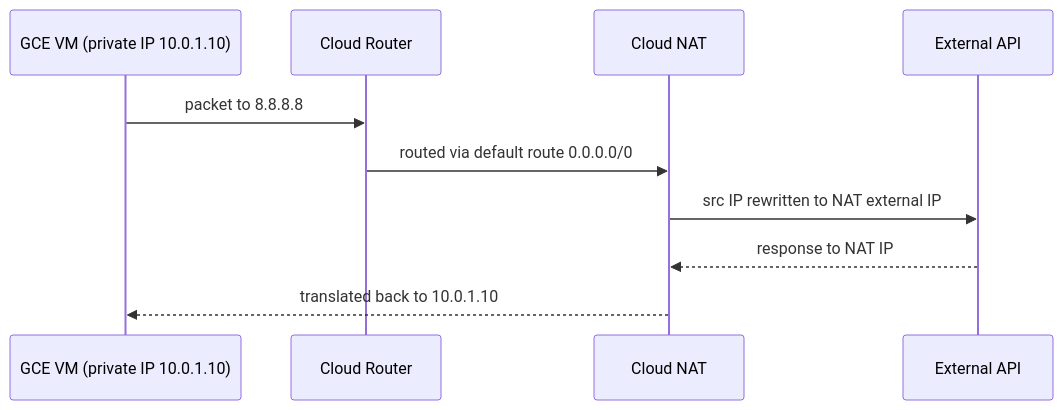
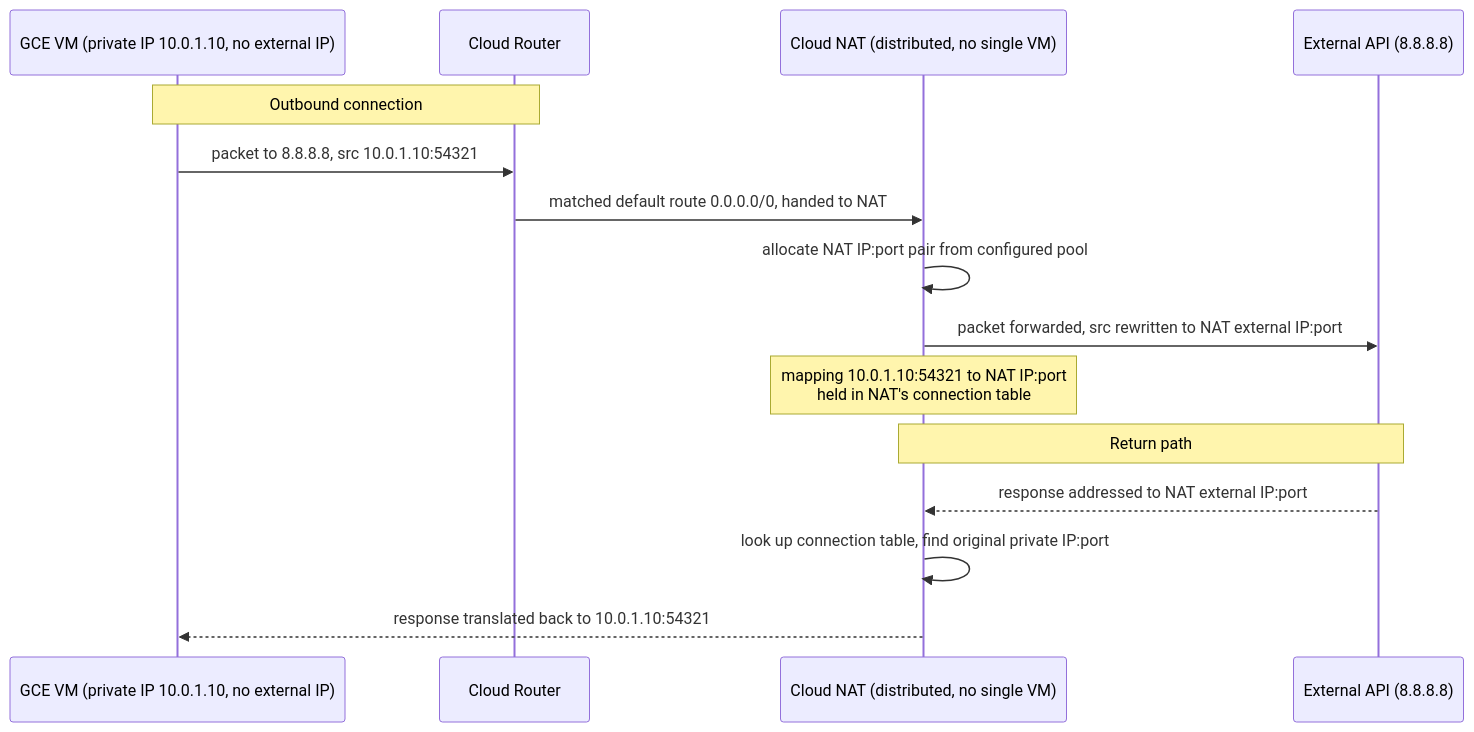
One commit to deepanshu-rawat6/DevOpsIndex changed the fourth of 9 diagrams in gcp/README.md. Above: the diagram before and after it, drawn with Mermaid. The commit also changed other lines of this file and 14 other files, not shown here.

````diff
--- a/gcp/README.md
+++ b/gcp/README.md
@@ -181,13 +263,19 @@
 ```mermaid
 sequenceDiagram
-    participant VM as GCE VM (private IP 10.0.1.10)
+    participant VM as GCE VM (private IP 10.0.1.10, no external IP)
     participant ROUTER as Cloud Router
-    participant NAT as Cloud NAT
-    participant EXT as External API
+    participant NAT as Cloud NAT (distributed, no single VM)
+    participant EXT as External API (8.8.8.8)
 
-    VM->>ROUTER: packet to 8.8.8.8
-    ROUTER->>NAT: routed via default route 0.0.0.0/0
-    NAT->>EXT: src IP rewritten to NAT external IP
-    EXT-->>NAT: response to NAT IP
-    NAT-->>VM: translated back to 10.0.1.10
+    Note over VM,ROUTER: Outbound connection
+    VM->>ROUTER: packet to 8.8.8.8, src 10.0.1.10:54321
+    ROUTER->>NAT: matched default route 0.0.0.0/0, handed to NAT
+    NAT->>NAT: allocate NAT IP:port pair from configured pool
+    NAT->>EXT: packet forwarded, src rewritten to NAT external IP:port
+    Note over NAT: mapping 10.0.1.10:54321 to NAT IP:port<br/>held in NAT's connection table
+
+    Note over EXT,NAT: Return path
+    EXT-->>NAT: response addressed to NAT external IP:port
+    NAT->>NAT: look up connection table, find original private IP:port
+    NAT-->>VM: response translated back to 10.0.1.10:54321
 ```
````
